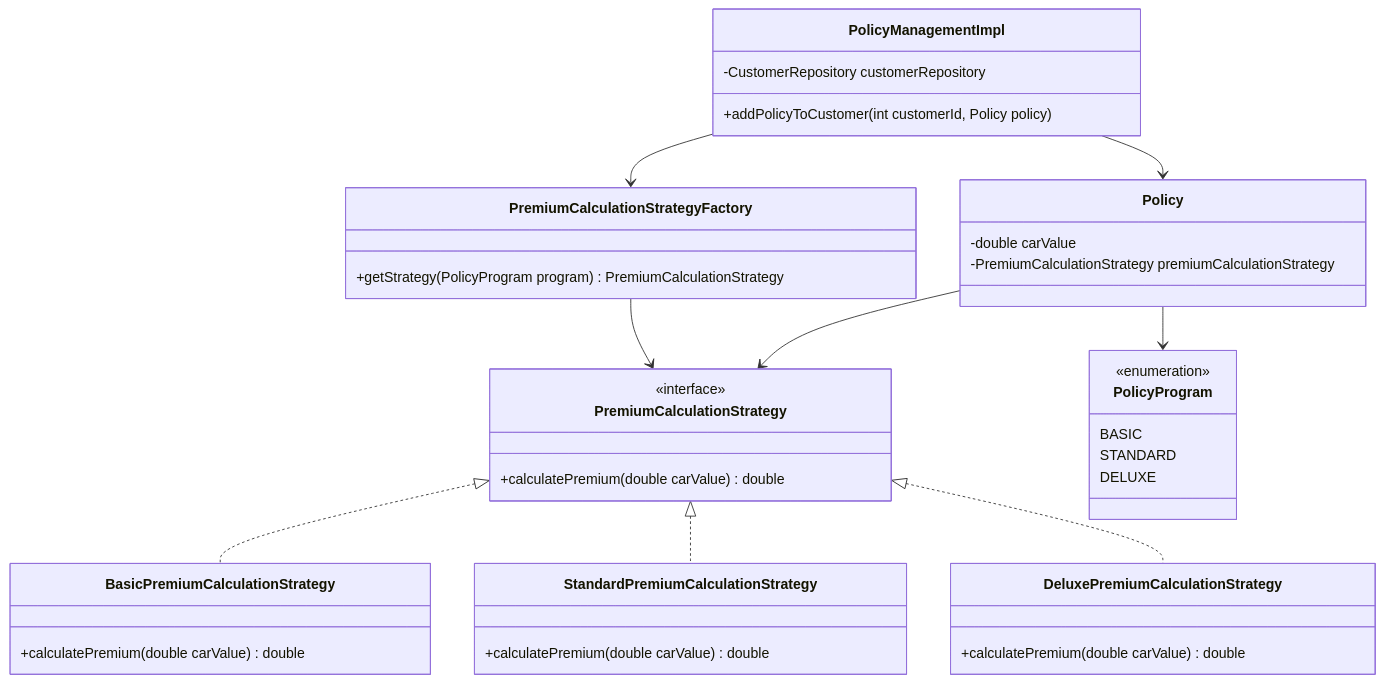
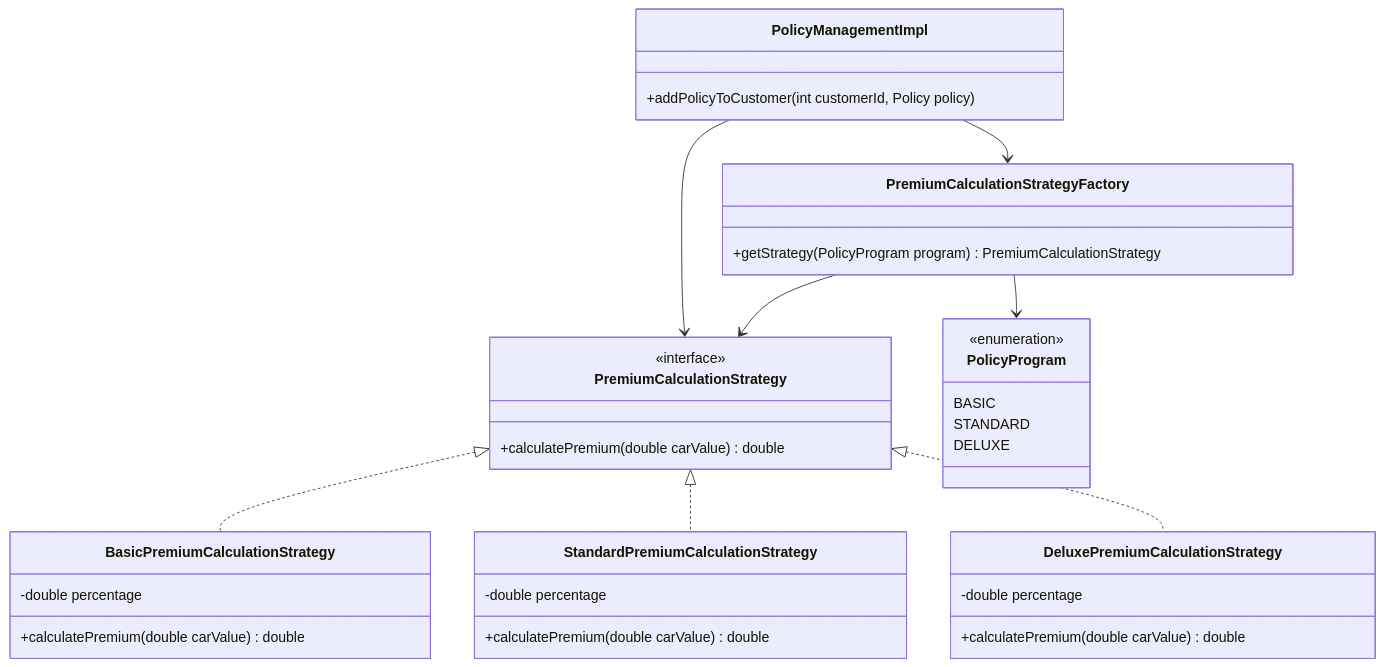
The first of 6 diagrams in Autoversicherung.md (SirSimon04/clean-car-insurance), drawn with Mermaid before and after one commit. The commit also changed other lines of this file and 1 other file, not shown here.

Commit message:
fix(srv): Remove unused import and update diagrams

````diff
--- a/Autoversicherung.md
+++ b/Autoversicherung.md
@@ -3,49 +3,46 @@
 ```mermaid
 classDiagram
     class PremiumCalculationStrategy {
         <<interface>>
         +calculatePremium(double carValue) double
     }
 
     class BasicPremiumCalculationStrategy {
+        -double percentage
         +calculatePremium(double carValue) double
     }
 
     class StandardPremiumCalculationStrategy {
+        -double percentage
         +calculatePremium(double carValue) double
     }
 
     class DeluxePremiumCalculationStrategy {
+        -double percentage
         +calculatePremium(double carValue) double
     }
 
     class PremiumCalculationStrategyFactory {
         +getStrategy(PolicyProgram program) PremiumCalculationStrategy
     }
 
-    class Policy {
-        -double carValue
-        -PremiumCalculationStrategy premiumCalculationStrategy
-    }
 
     class PolicyProgram {
         <<enumeration>>
         BASIC
         STANDARD
         DELUXE
     }
 
-    class PolicyManagementImpl {
-        -CustomerRepository customerRepository
+    class PolicyManagementImpl {        
         +addPolicyToCustomer(int customerId, Policy policy)
     }
 
     PremiumCalculationStrategy <|.. BasicPremiumCalculationStrategy
     PremiumCalculationStrategy <|.. StandardPremiumCalculationStrategy
     PremiumCalculationStrategy <|.. DeluxePremiumCalculationStrategy
-    PremiumCalculationStrategyFactory --> PremiumCalculationStrategy
-    Policy --> PremiumCalculationStrategy
-    Policy --> PolicyProgram
-    PolicyManagementImpl --> PremiumCalculationStrategyFactory
-    PolicyManagementImpl --> Policy
+    PremiumCalculationStrategyFactory --> PremiumCalculationStrategy    
+    PremiumCalculationStrategyFactory --> PolicyProgram        
+    PolicyManagementImpl --> PremiumCalculationStrategyFactory   
+    PolicyManagementImpl -->  PremiumCalculationStrategy
 ```
````
